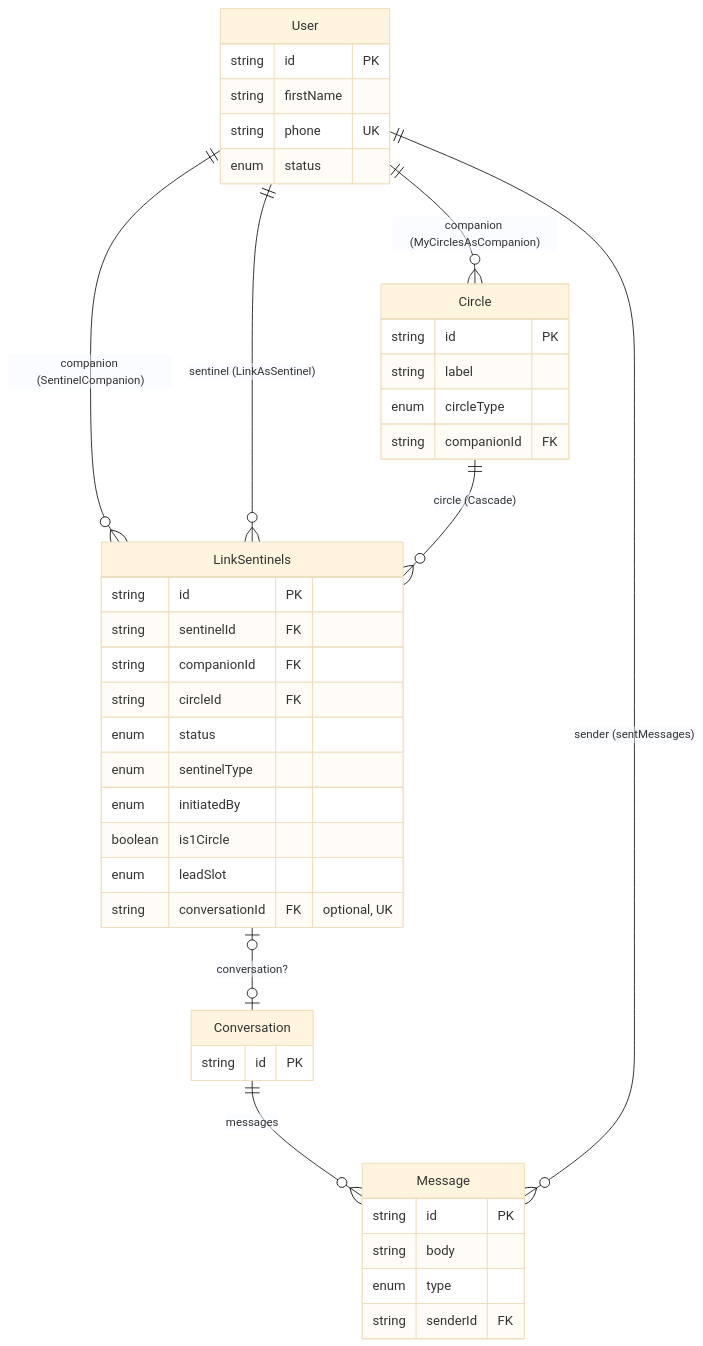
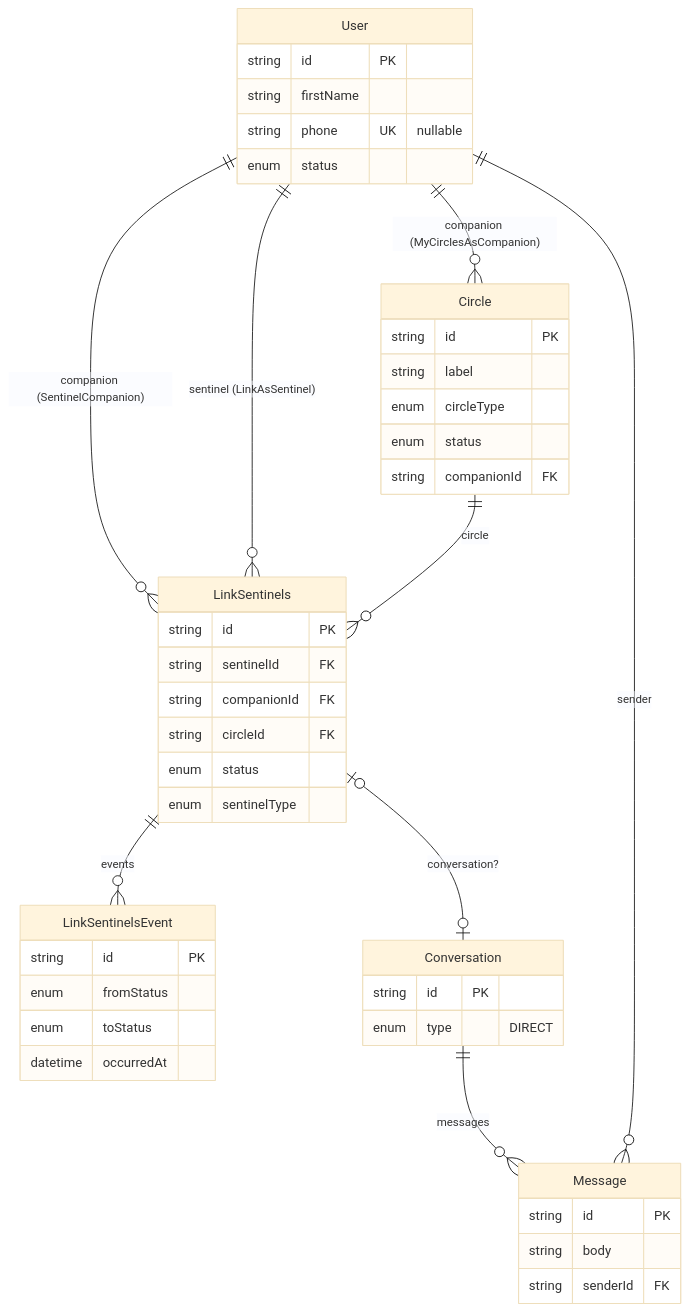
One commit to Sylvfo/MySentinelCircle changed the fourth of 5 diagrams in backend/prisma/DB_schéma.md. Above: the diagram before and after it, drawn with Mermaid (base theme). The commit also changed other lines of this file and 2 other files, not shown here.

````diff
--- a/backend/prisma/DB_schéma.md
+++ b/backend/prisma/DB_schéma.md
@@ -254,44 +252,48 @@
 ```mermaid
 erDiagram
-  User          ||--o{ Circle        : "companion (MyCirclesAsCompanion)"
-  User          ||--o{ LinkSentinels : "companion (SentinelCompanion)"
-  User          ||--o{ LinkSentinels : "sentinel (LinkAsSentinel)"
-  Circle        ||--o{ LinkSentinels : "circle (Cascade)"
-  LinkSentinels |o--o| Conversation  : "conversation?"
-  Conversation  ||--o{ Message       : "messages"
-  User          ||--o{ Message       : "sender (sentMessages)"
+  User          ||--o{ Circle              : "companion (MyCirclesAsCompanion)"
+  User          ||--o{ LinkSentinels       : "companion (SentinelCompanion)"
+  User          ||--o{ LinkSentinels       : "sentinel (LinkAsSentinel)"
+  Circle        ||--o{ LinkSentinels       : "circle"
+  LinkSentinels ||--o{ LinkSentinelsEvent  : "events"
+  LinkSentinels |o--o| Conversation        : "conversation?"
+  Conversation  ||--o{ Message             : "messages"
+  User          ||--o{ Message             : "sender"
 
   User {
     string id PK
     string firstName
-    string phone UK
+    string phone UK "nullable"
     enum   status
   }
   Circle {
     string id PK
     string label
     enum   circleType
+    enum   status
     string companionId FK
   }
   LinkSentinels {
     string id PK
     string sentinelId FK
     string companionId FK
     string circleId FK
     enum   status
     enum   sentinelType
-    enum   initiatedBy
-    boolean is1Circle
-    enum   leadSlot
-    string conversationId FK "optional, UK"
+  }
+  LinkSentinelsEvent {
+    string id PK
+    enum   fromStatus
+    enum   toStatus
+    datetime occurredAt
   }
   Conversation {
     string id PK
+    enum   type "DIRECT"
   }
   Message {
     string id PK
     string body
-    enum   type
     string senderId FK
   }
 ```
````
